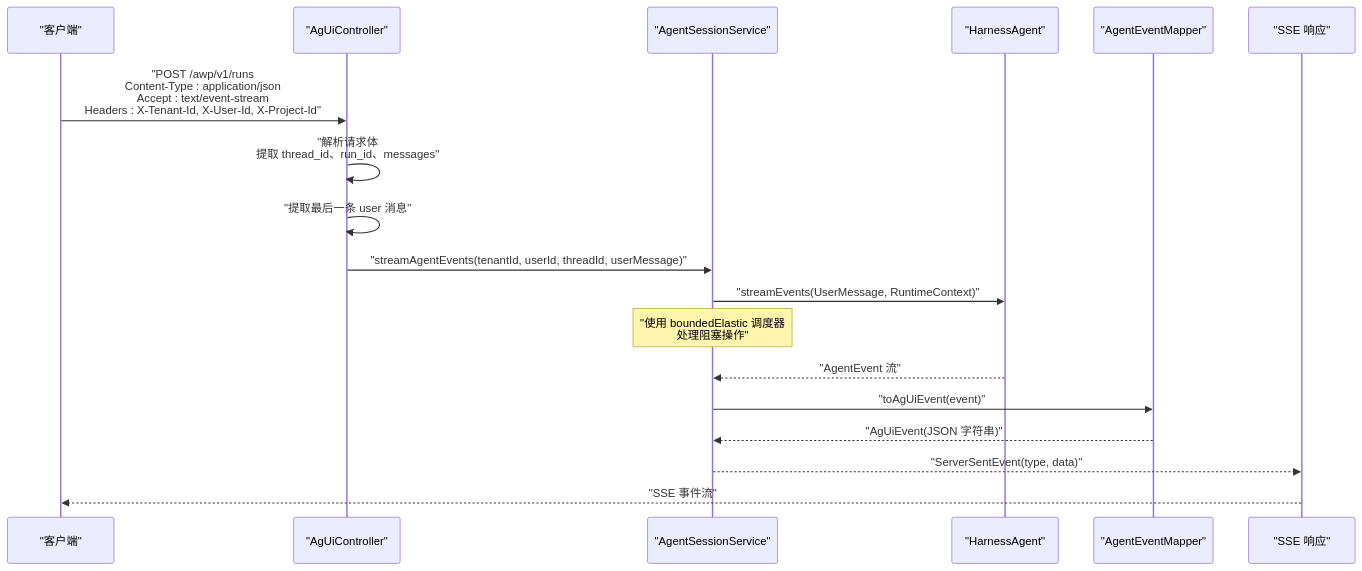
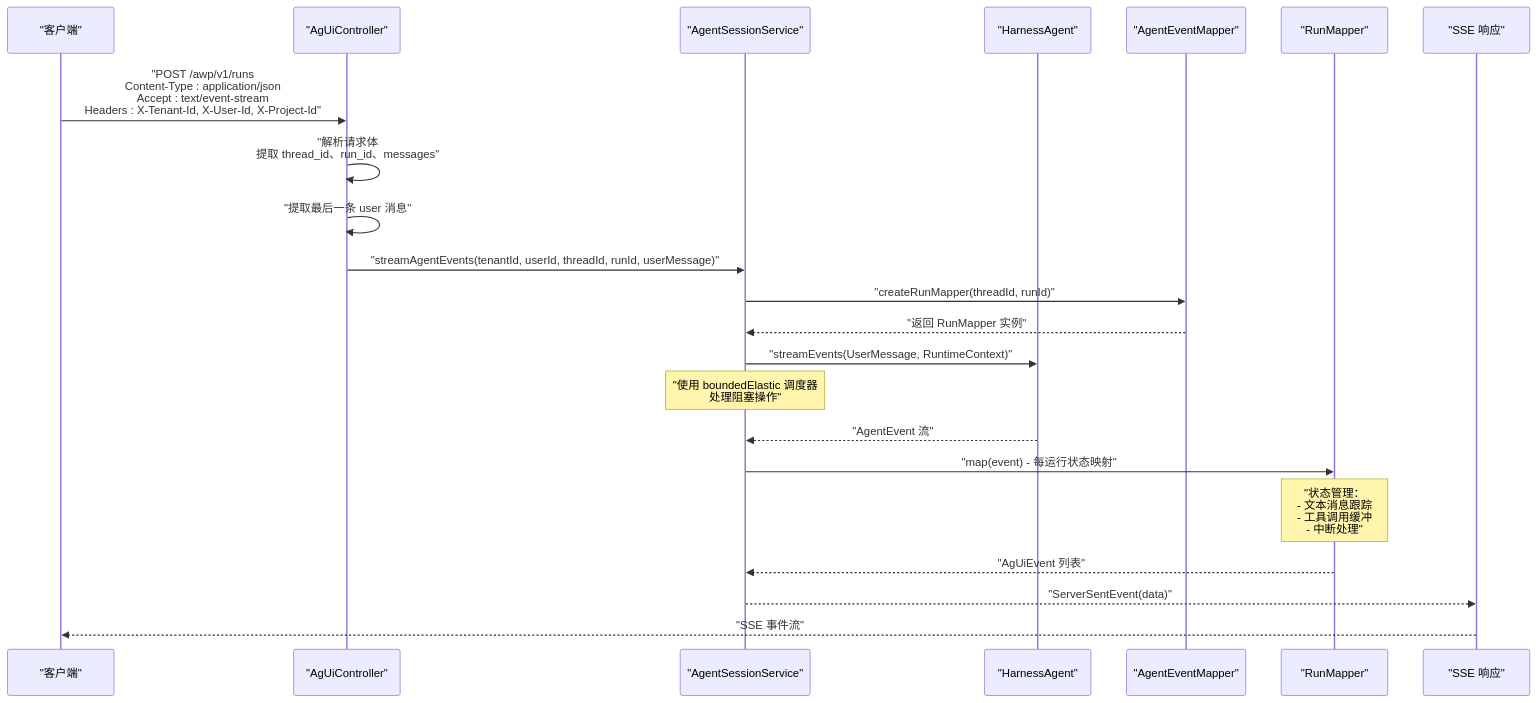
Before and after one commit to mengqiang81/agentic: the second of 6 diagrams in .qoder/repowiki/zh/content/API 参考/AG-UI 协议端点.md, drawn with Mermaid. The commit also changed other lines of this file and 32 other files, not shown here.

````diff
--- a/.qoder/repowiki/zh/content/API 参考/AG-UI 协议端点.md
+++ b/.qoder/repowiki/zh/content/API 参考/AG-UI 协议端点.md
@@ -143,20 +157,24 @@
 ```mermaid
 sequenceDiagram
 participant Client as "客户端"
 participant Controller as "AgUiController"
 participant Session as "AgentSessionService"
 participant Agent as "HarnessAgent"
 participant Mapper as "AgentEventMapper"
+participant RunMapper as "RunMapper"
 participant SSE as "SSE 响应"
 Client->>Controller : "POST /awp/v1/runs<br/>Content-Type : application/json<br/>Accept : text/event-stream<br/>Headers : X-Tenant-Id, X-User-Id, X-Project-Id"
 Controller->>Controller : "解析请求体<br/>提取 thread_id、run_id、messages"
 Controller->>Controller : "提取最后一条 user 消息"
-Controller->>Session : "streamAgentEvents(tenantId, userId, threadId, userMessage)"
+Controller->>Session : "streamAgentEvents(tenantId, userId, threadId, runId, userMessage)"
+Session->>Mapper : "createRunMapper(threadId, runId)"
+Mapper-->>Session : "返回 RunMapper 实例"
 Session->>Agent : "streamEvents(UserMessage, RuntimeContext)"
 Note over Session : "使用 boundedElastic 调度器<br/>处理阻塞操作"
 Agent-->>Session : "AgentEvent 流"
-Session->>Mapper : "toAgUiEvent(event)"
-Mapper-->>Session : "AgUiEvent(JSON 字符串)"
-Session-->>SSE : "ServerSentEvent(type, data)"
+Session->>RunMapper : "map(event) - 每运行状态映射"
+Note over RunMapper : "状态管理：<br/>- 文本消息跟踪<br/>- 工具调用缓冲<br/>- 中断处理"
+RunMapper-->>Session : "AgUiEvent 列表"
+Session-->>SSE : "ServerSentEvent(data)"
 SSE-->>Client : "SSE 事件流"
 ```
````
